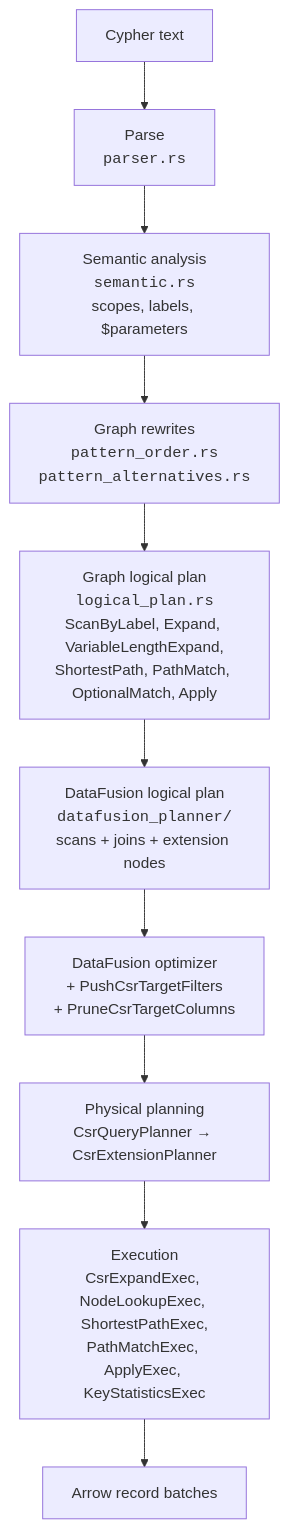
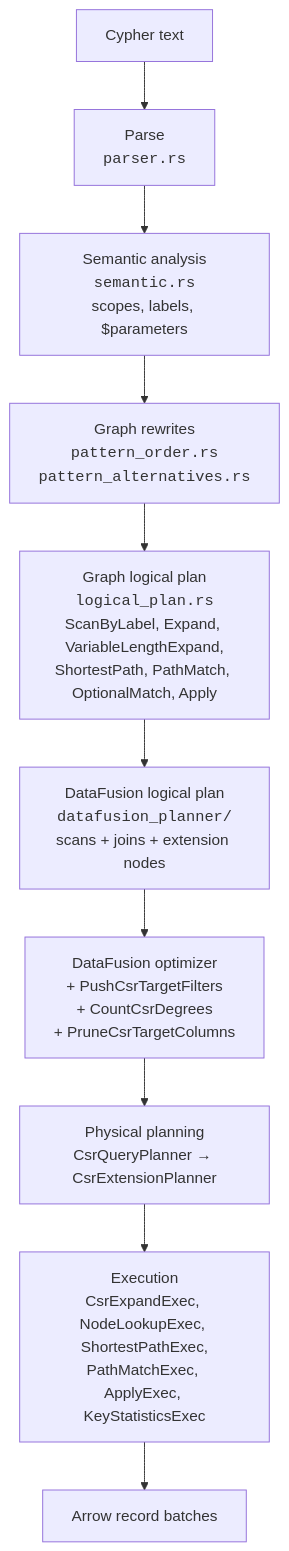
The diagram in docs/internals/index.md (hyperdimensionalcomputingai/lance-csr), drawn with Mermaid before and after one commit. The commit also changed other lines of this file and 12 other files, not shown here.

````diff
--- a/docs/internals/index.md
+++ b/docs/internals/index.md
@@ -61,12 +61,12 @@
 ```mermaid
 flowchart TD
     T["Cypher text"] --> P["Parse<br/><code>parser.rs</code>"]
     P --> S["Semantic analysis<br/><code>semantic.rs</code><br/>scopes, labels, $parameters"]
     S --> R["Graph rewrites<br/><code>pattern_order.rs</code><br/><code>pattern_alternatives.rs</code>"]
     R --> G["Graph logical plan<br/><code>logical_plan.rs</code><br/>ScanByLabel, Expand, VariableLengthExpand,<br/>ShortestPath, PathMatch, OptionalMatch, Apply"]
     G --> D["DataFusion logical plan<br/><code>datafusion_planner/</code><br/>scans + joins + extension nodes"]
-    D --> O["DataFusion optimizer<br/>+ PushCsrTargetFilters<br/>+ PruneCsrTargetColumns"]
+    D --> O["DataFusion optimizer<br/>+ PushCsrTargetFilters<br/>+ CountCsrDegrees<br/>+ PruneCsrTargetColumns"]
     O --> X["Physical planning<br/>CsrQueryPlanner → CsrExtensionPlanner"]
     X --> E["Execution<br/>CsrExpandExec, NodeLookupExec, ShortestPathExec,<br/>PathMatchExec, ApplyExec, KeyStatisticsExec"]
     E --> B["Arrow record batches"]
 ```
````
